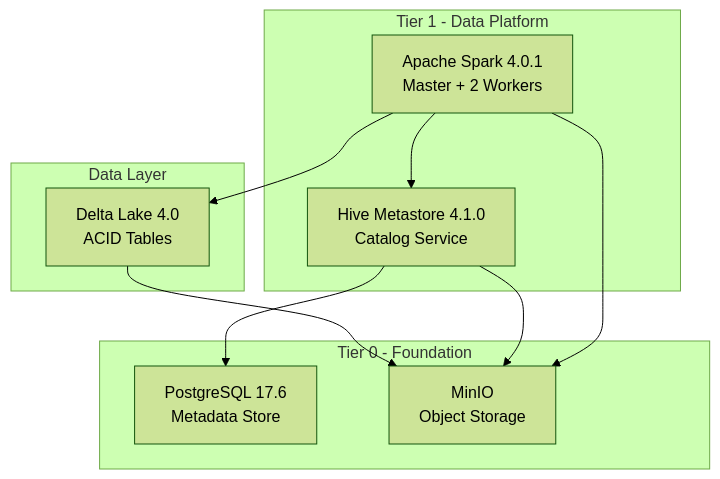
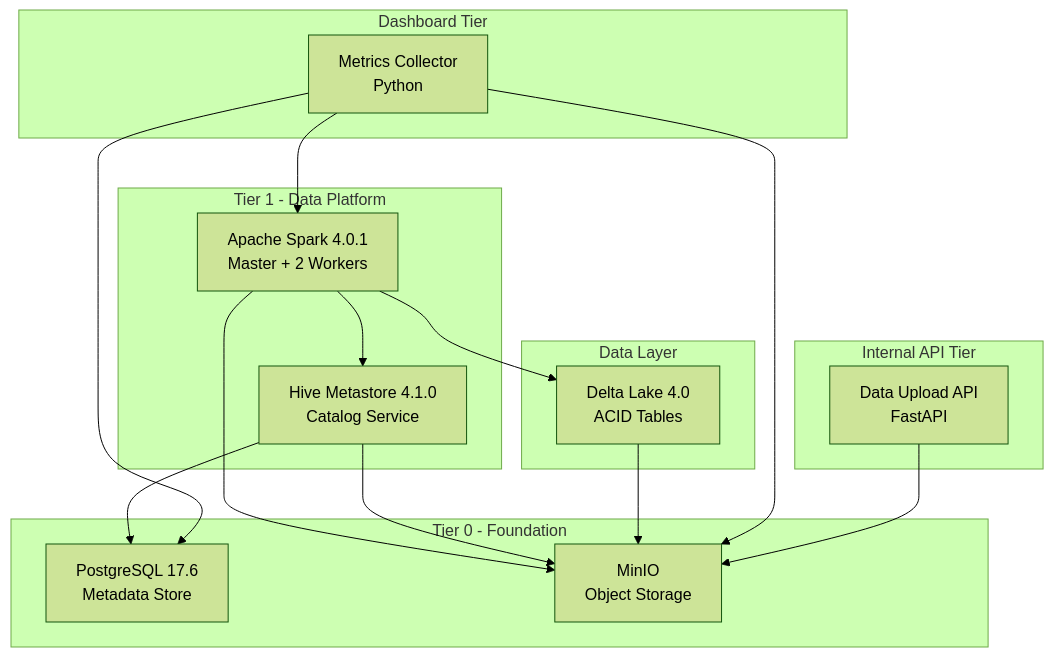
One commit to P-Bao/FlumenData changed the first of 4 diagrams in docs/getting-started/architecture.md. Above: the diagram before and after it, drawn with Mermaid (forest theme). The commit also changed other lines of this file and 29 other files, not shown here.

Commit message:
feat: Thêm Dashboard và API bao gồm trình thu thập số liệu, API tải dữ liệu, cấu hình Docker Compose mới và tài liệu.

````diff
--- a/docs/getting-started/architecture.md
+++ b/docs/getting-started/architecture.md
@@ -7,23 +7,35 @@
 ```mermaid
 graph TB
+    subgraph "Internal API Tier"
+        API[Data Upload API<br/>FastAPI]
+    end
+
+    subgraph "Dashboard Tier"
+        COLLECTOR[Metrics Collector<br/>Python]
+    end
+
     subgraph "Tier 1 - Data Platform"
         SPARK[Apache Spark 4.0.1<br/>Master + 2 Workers]
         HIVE[Hive Metastore 4.1.0<br/>Catalog Service]
     end
 
     subgraph "Tier 0 - Foundation"
         POSTGRES[PostgreSQL 17.6<br/>Metadata Store]
         MINIO[MinIO<br/>Object Storage]
     end
 
     subgraph "Data Layer"
         DELTA[Delta Lake 4.0<br/>ACID Tables]
     end
 
+    API --> MINIO
+    COLLECTOR --> SPARK
+    COLLECTOR --> POSTGRES
+    COLLECTOR --> MINIO
     SPARK --> HIVE
     SPARK --> DELTA
     DELTA --> MINIO
     HIVE --> POSTGRES
     HIVE --> MINIO
     SPARK --> MINIO
 ```
````
